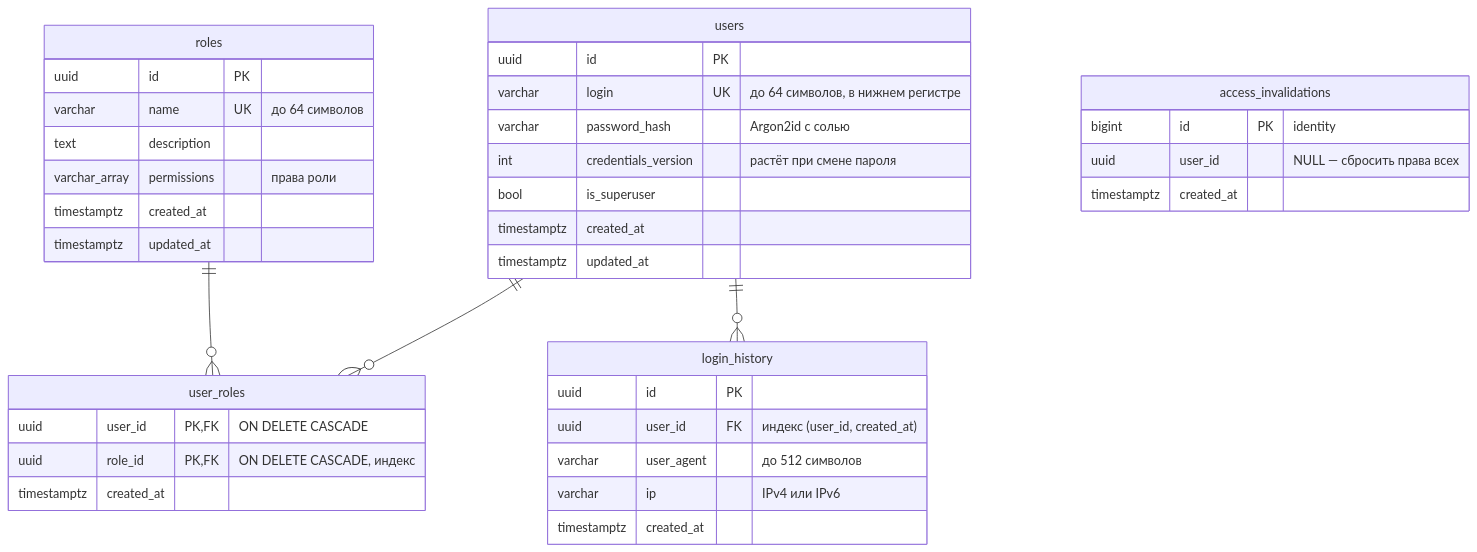
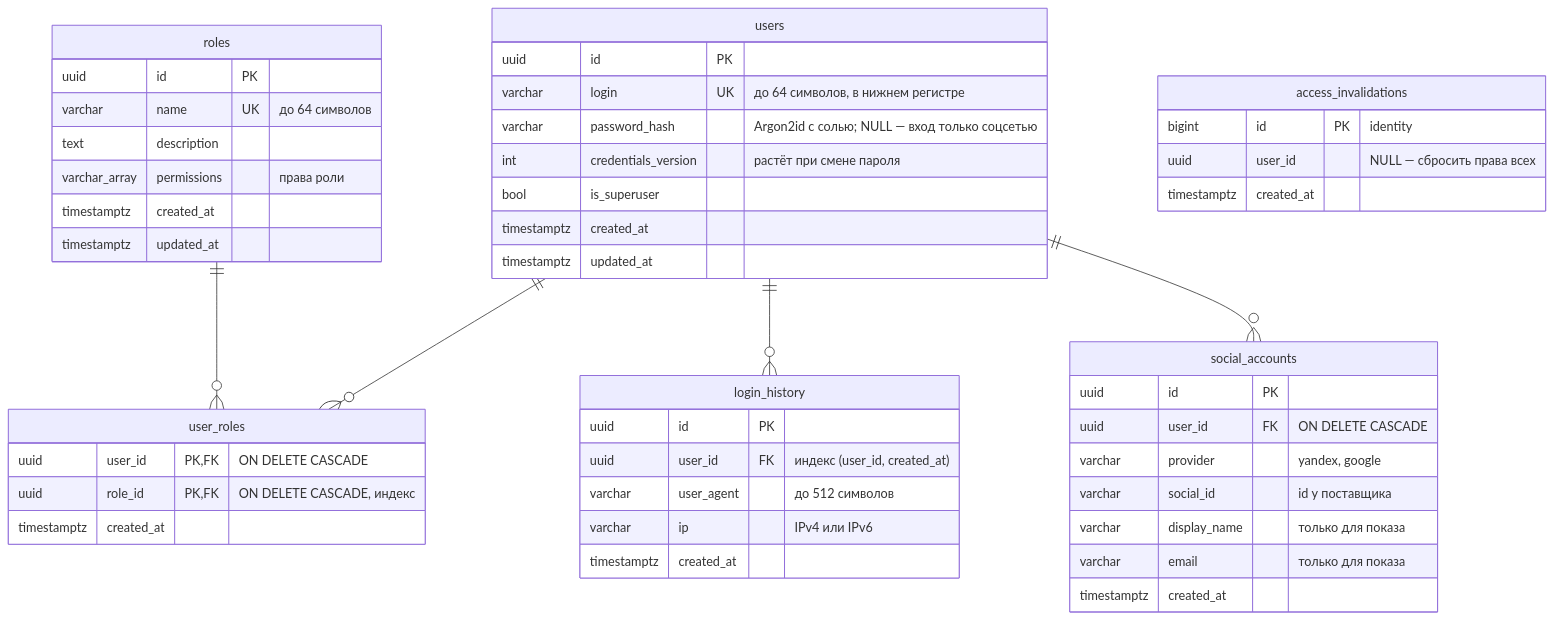
One commit to storublev/module_6_python_middle_final changed the second of 4 diagrams in auth/docs/architecture.md. Above: the diagram before and after it, drawn with Mermaid. The commit also changed other lines of this file and 2 other files, not shown here.

First line of the commit message:
Описать вход через соцсети в документации

````diff
--- a/auth/docs/architecture.md
+++ b/auth/docs/architecture.md
@@ -99,40 +101,50 @@
 ```mermaid
 erDiagram
     users ||--o{ user_roles : ""
     roles ||--o{ user_roles : ""
     users ||--o{ login_history : ""
+    users ||--o{ social_accounts : ""
     access_invalidations {
         bigint id PK "identity"
         uuid user_id "NULL — сбросить права всех"
         timestamptz created_at
     }
     users {
         uuid id PK
         varchar login UK "до 64 символов, в нижнем регистре"
-        varchar password_hash "Argon2id с солью"
+        varchar password_hash "Argon2id с солью; NULL — вход только соцсетью"
         int credentials_version "растёт при смене пароля"
         bool is_superuser
         timestamptz created_at
         timestamptz updated_at
     }
     roles {
         uuid id PK
         varchar name UK "до 64 символов"
         text description
         varchar_array permissions "права роли"
         timestamptz created_at
         timestamptz updated_at
     }
     user_roles {
         uuid user_id PK,FK "ON DELETE CASCADE"
         uuid role_id PK,FK "ON DELETE CASCADE, индекс"
         timestamptz created_at
     }
     login_history {
         uuid id PK
         uuid user_id FK "индекс (user_id, created_at)"
         varchar user_agent "до 512 символов"
         varchar ip "IPv4 или IPv6"
         timestamptz created_at
     }
+    social_accounts {
+        uuid id PK
+        uuid user_id FK "ON DELETE CASCADE"
+        varchar provider "yandex, google"
+        varchar social_id "id у поставщика"
+        varchar display_name "только для показа"
+        varchar email "только для показа"
+        timestamptz created_at
+    }
 ```
````
